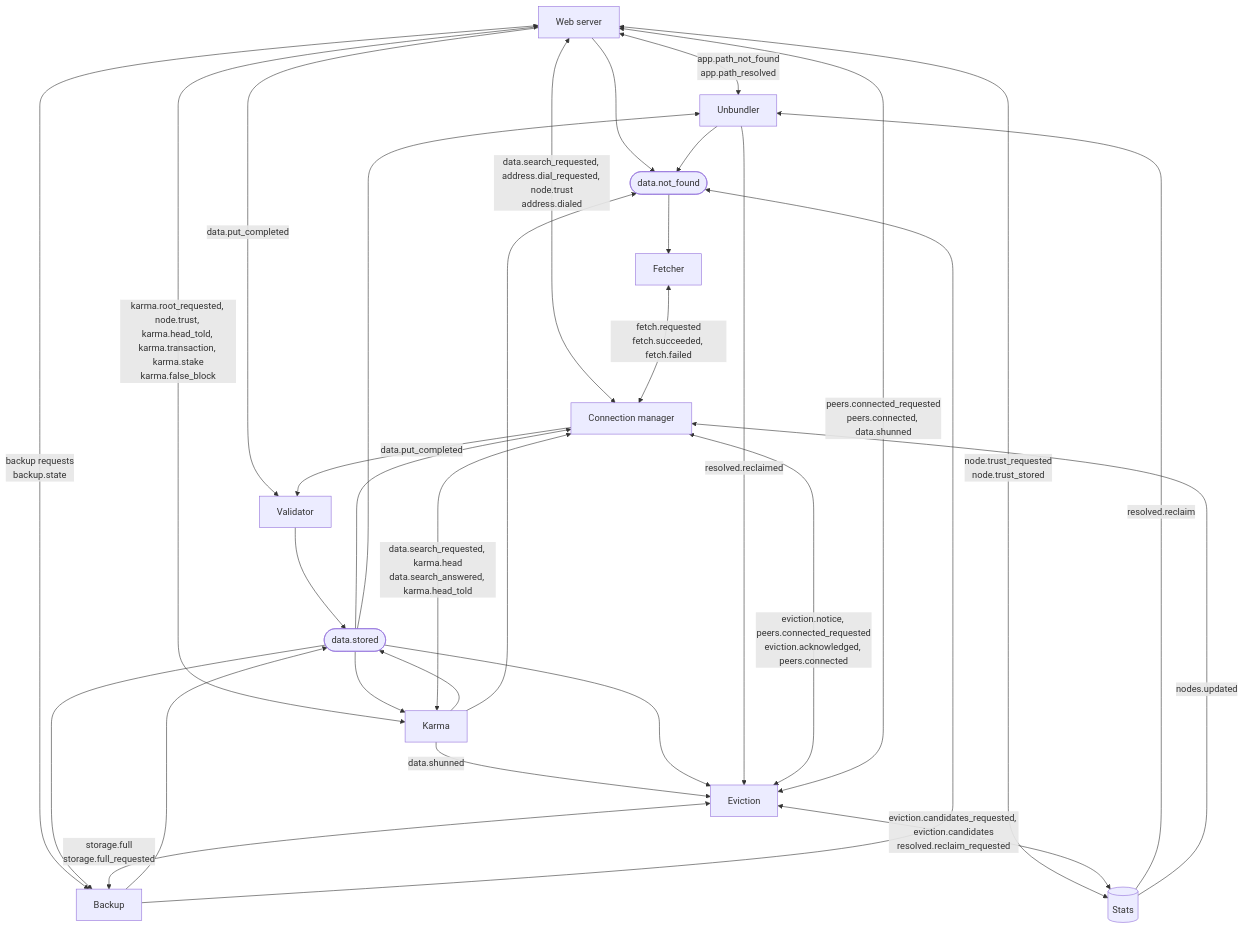
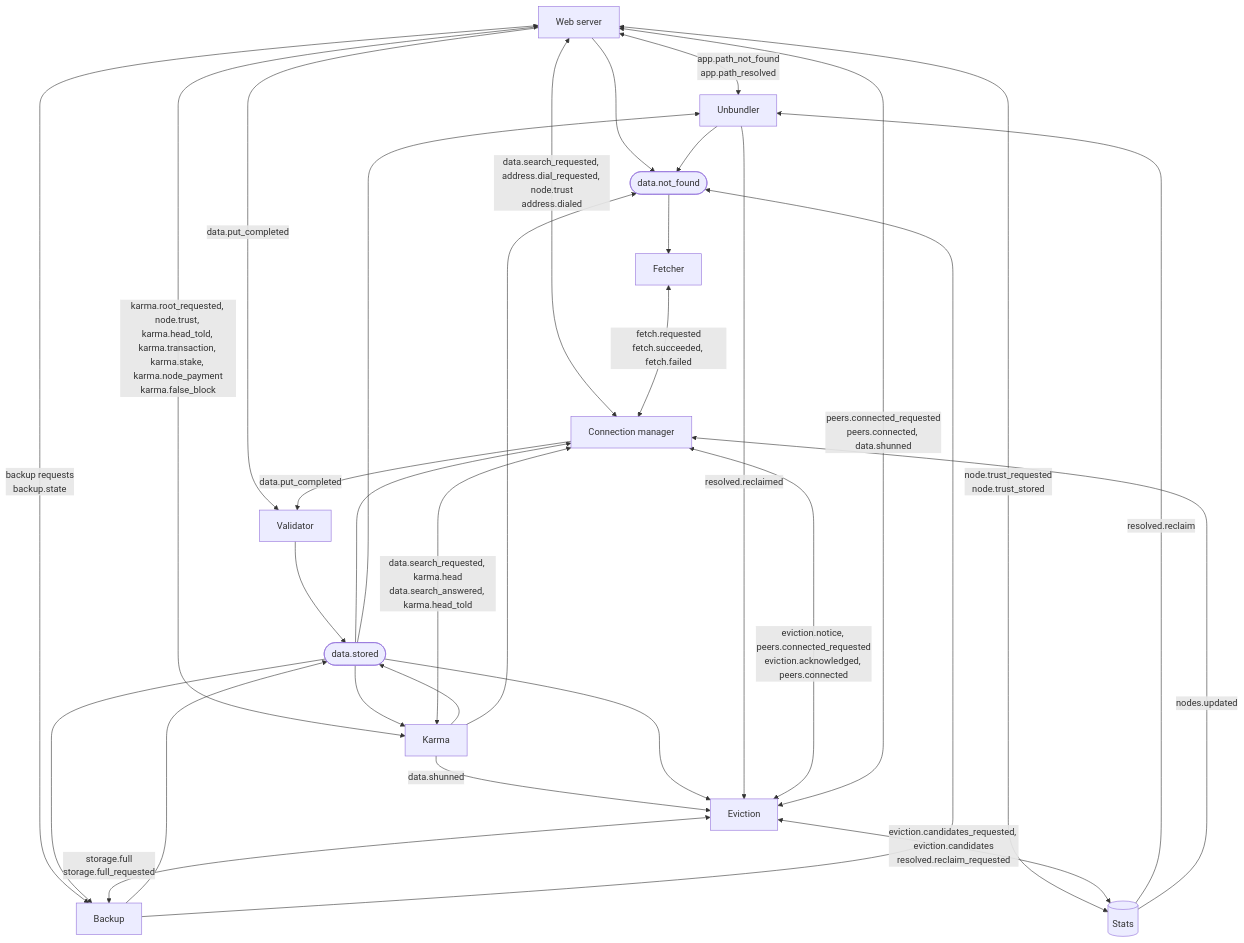
The eighth of 13 diagrams in docs/implementation/Module System.md (marcpage/libranet), drawn with Mermaid before and after one commit. The commit also changed other lines of this file and 29 other files, not shown here.

First line of the commit message:
Fix sending karma after genesis block (#546)

````diff
--- a/docs/implementation/Module System.md
+++ b/docs/implementation/Module System.md
@@ -1179,45 +1184,45 @@
 ```mermaid
 flowchart TB
     web["Web server"]
     unb["Unbundler"]
     backup["Backup"]
     karma["Karma"]
     val["Validator"]
     fetch["Fetcher"]
     conn["Connection manager"]
     evict["Eviction"]
     stats[("Stats")]
     stored(["data.stored"])
     missing(["data.not_found"])
 
     web <-->|"app.path_not_found<br/>app.path_resolved"| unb
     web <-->|"backup requests<br/>backup.state"| backup
     web -->|"data.put_completed"| val
     web <-->|"data.search_requested, address.dial_requested, node.trust<br/>address.dialed"| conn
     web <-->|"node.trust_requested<br/>node.trust_stored"| stats
-    web <-->|"karma.root_requested, node.trust, karma.head_told, karma.transaction, karma.stake<br/>karma.false_block"| karma
+    web <-->|"karma.root_requested, node.trust, karma.head_told, karma.transaction, karma.stake, karma.node_payment<br/>karma.false_block"| karma
     karma <-->|"data.search_requested, karma.head<br/>data.search_answered, karma.head_told"| conn
     karma -->|"data.shunned"| evict
     conn -->|"data.put_completed"| val
     val --> stored
     backup --> stored
     karma --> stored
     stored --> conn
     stored --> evict
     stored --> backup
     stored --> unb
     stored --> karma
     web --> missing
     unb --> missing
     backup --> missing
     karma --> missing
     missing --> fetch
     fetch <-->|"fetch.requested<br/>fetch.succeeded, fetch.failed"| conn
     evict <-->|"eviction.notice, peers.connected_requested<br/>eviction.acknowledged, peers.connected"| conn
     evict <-->|"peers.connected_requested<br/>peers.connected, data.shunned"| web
     evict <-->|"storage.full<br/>storage.full_requested"| backup
     evict <-->|"eviction.candidates_requested, eviction.candidates<br/>resolved.reclaim_requested"| stats
     stats -->|"resolved.reclaim"| unb
     unb -->|"resolved.reclaimed"| evict
     stats -->|"nodes.updated"| conn
 ```
````
